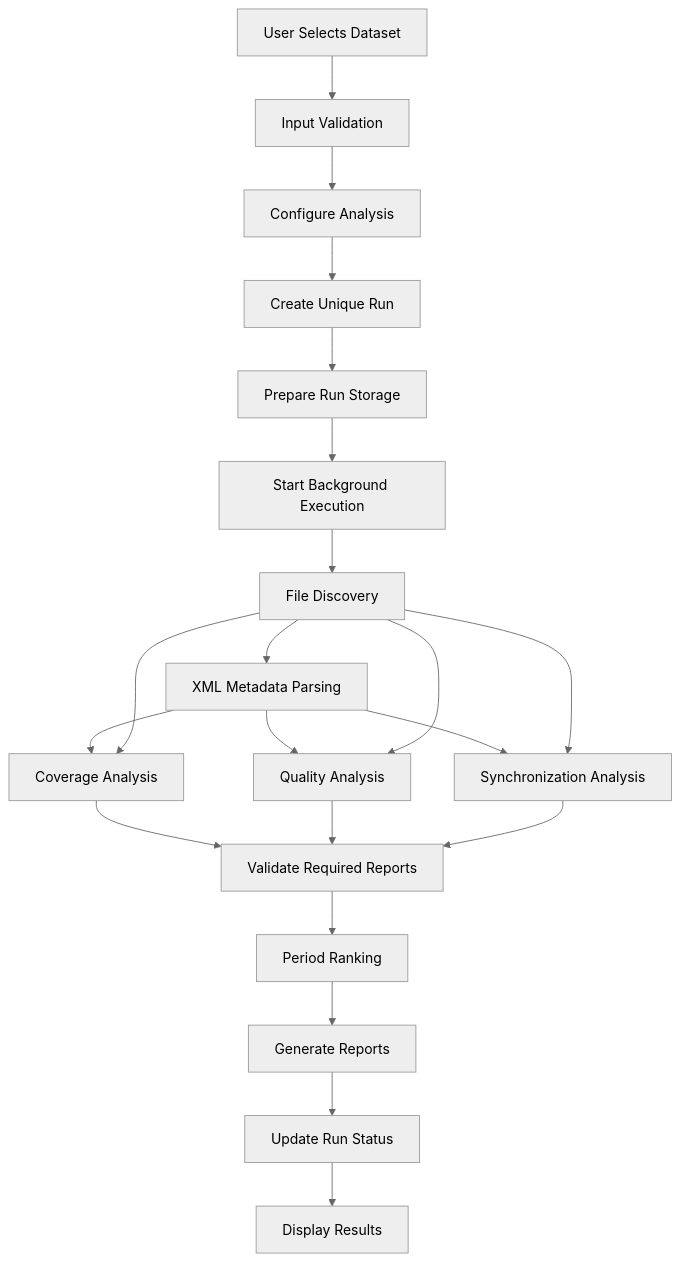
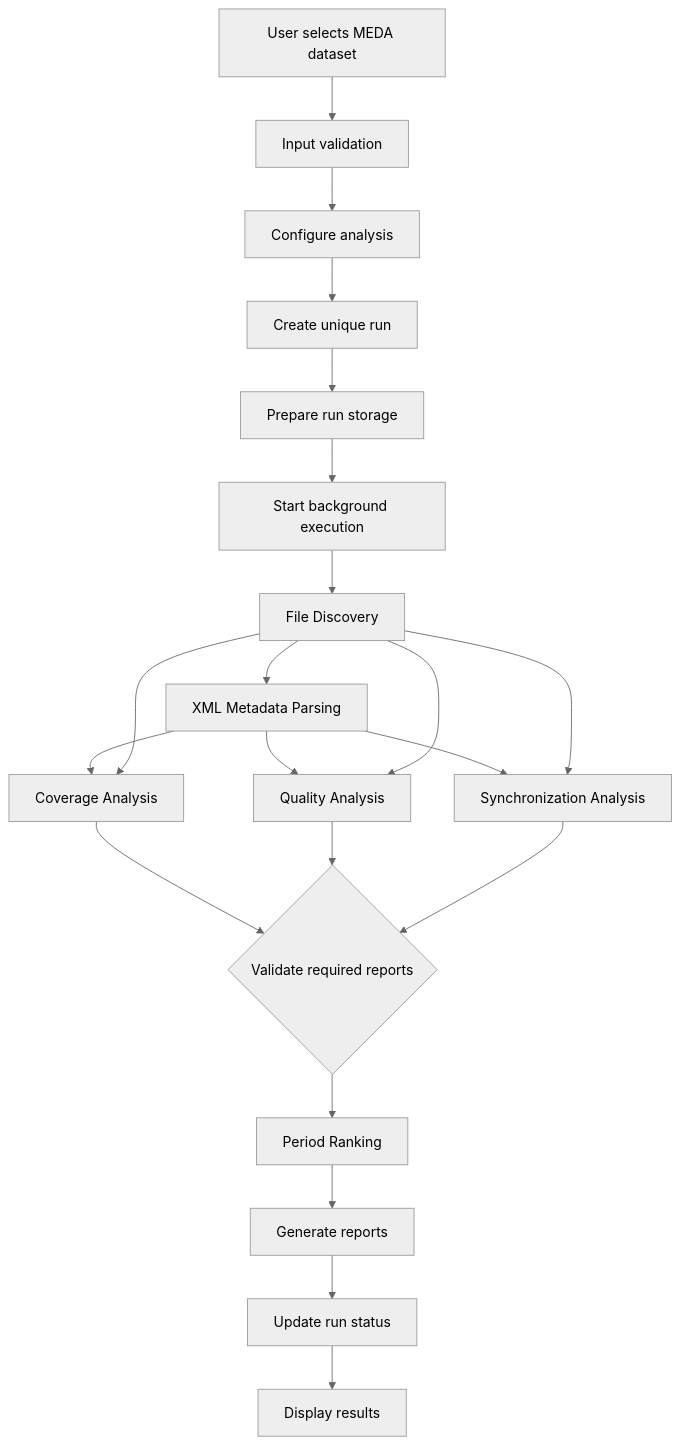
Before and after one commit to AASH010/MEDA-Data-Research-Period-Analyzer-MDRPA: the fifth of 8 diagrams in docs/architecture.md, drawn with Mermaid (neutral theme). The commit also changed other lines of this file and 8 other files, not shown here.

````diff
--- a/docs/architecture.md
+++ b/docs/architecture.md
@@ -399,23 +415,23 @@
 ```mermaid
 flowchart TD
-    A[User Selects Dataset] --> B[Input Validation]
-    B --> C[Configure Analysis]
-    C --> D[Create Unique Run]
-    D --> E[Prepare Run Storage]
-    E --> F[Start Background Execution]
+    A[User selects MEDA dataset] --> B[Input validation]
+    B --> C[Configure analysis]
+    C --> D[Create unique run]
+    D --> E[Prepare run storage]
+    E --> F[Start background execution]
     F --> G[File Discovery]
     G --> H[XML Metadata Parsing]
     H --> I[Coverage Analysis]
     H --> J[Quality Analysis]
     H --> K[Synchronization Analysis]
     G --> I
     G --> J
     G --> K
-    I --> L[Validate Required Reports]
+    I --> L{Validate required reports}
     J --> L
     K --> L
     L --> M[Period Ranking]
-    M --> N[Generate Reports]
-    N --> O[Update Run Status]
-    O --> P[Display Results]
+    M --> N[Generate reports]
+    N --> O[Update run status]
+    O --> P[Display results]
 ```
````
